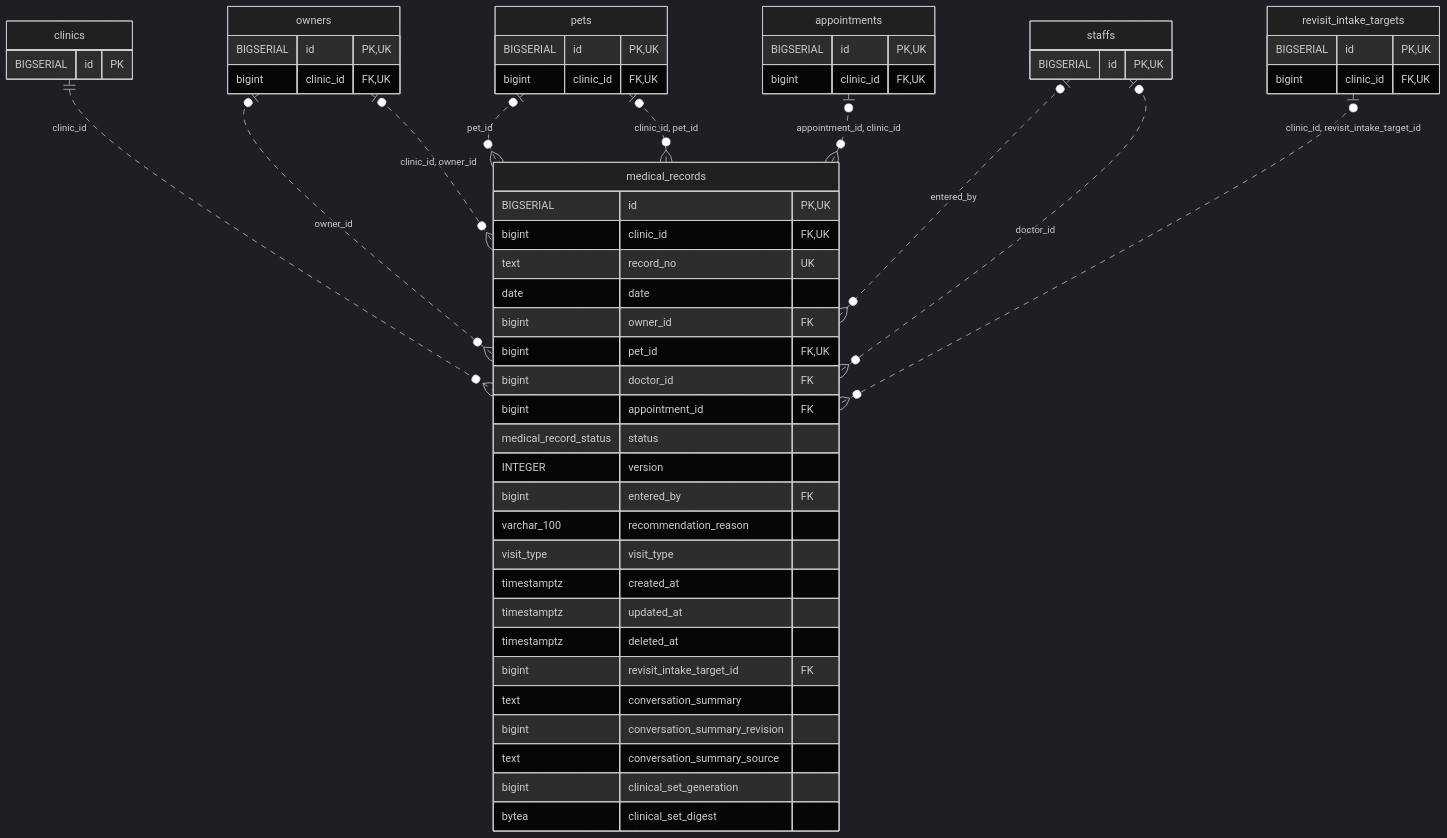
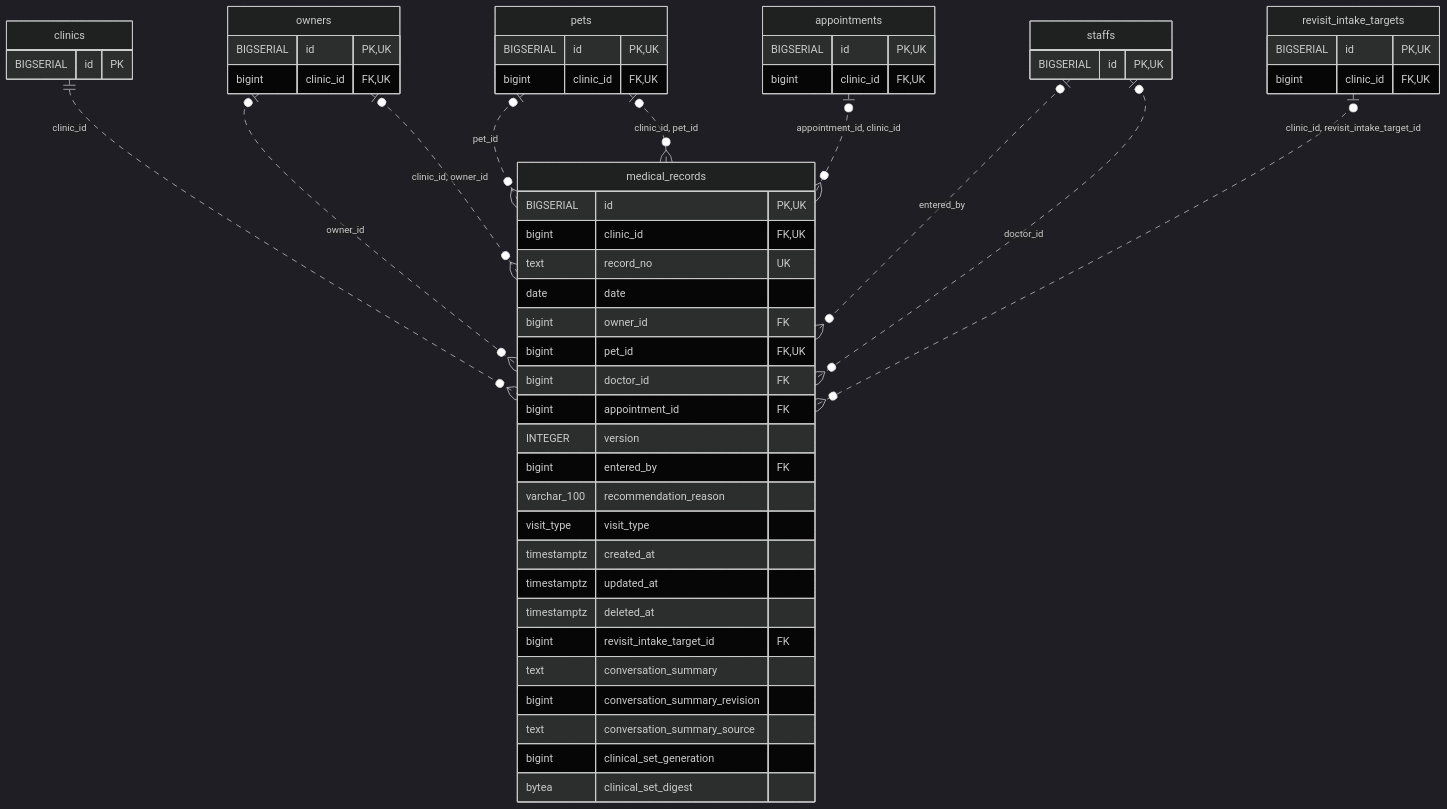
Before and after one commit to MinoruSoga/AnimalEkarte: the diagram in docs/architecture/erd-detail/medical_records.md, drawn with Mermaid (dark theme). The commit also changed other lines of this file and 147 other files, not shown here.

````diff
--- a/docs/architecture/erd-detail/medical_records.md
+++ b/docs/architecture/erd-detail/medical_records.md
@@ -45,58 +44,57 @@
 ```mermaid
 erDiagram
     medical_records {
         BIGSERIAL id PK,UK
         bigint clinic_id FK,UK
         text record_no UK
         date date
         bigint owner_id FK
         bigint pet_id FK,UK
         bigint doctor_id FK
         bigint appointment_id FK
-        medical_record_status status
         INTEGER version
         bigint entered_by FK
         varchar_100 recommendation_reason
         visit_type visit_type
         timestamptz created_at
         timestamptz updated_at
         timestamptz deleted_at
         bigint revisit_intake_target_id FK
         text conversation_summary
         bigint conversation_summary_revision
         text conversation_summary_source
         bigint clinical_set_generation
         bytea clinical_set_digest
     }
     appointments {
         BIGSERIAL id PK,UK
         bigint clinic_id FK,UK
     }
     clinics {
         BIGSERIAL id PK
     }
     owners {
         BIGSERIAL id PK,UK
         bigint clinic_id FK,UK
     }
     pets {
         BIGSERIAL id PK,UK
         bigint clinic_id FK,UK
     }
     revisit_intake_targets {
         BIGSERIAL id PK,UK
         bigint clinic_id FK,UK
     }
     staffs {
         BIGSERIAL id PK,UK
     }
     clinics ||..o{ medical_records : "clinic_id"
     owners o|..o{ medical_records : "owner_id"
     pets o|..o{ medical_records : "pet_id"
     pets o|..o{ medical_records : "clinic_id, pet_id"
     owners o|..o{ medical_records : "clinic_id, owner_id"
     appointments o|..o{ medical_records : "appointment_id, clinic_id"
     staffs o|..o{ medical_records : "entered_by"
     staffs o|..o{ medical_records : "doctor_id"
     revisit_intake_targets o|..o{ medical_records : "clinic_id, revisit_intake_target_id"
 ```
````
